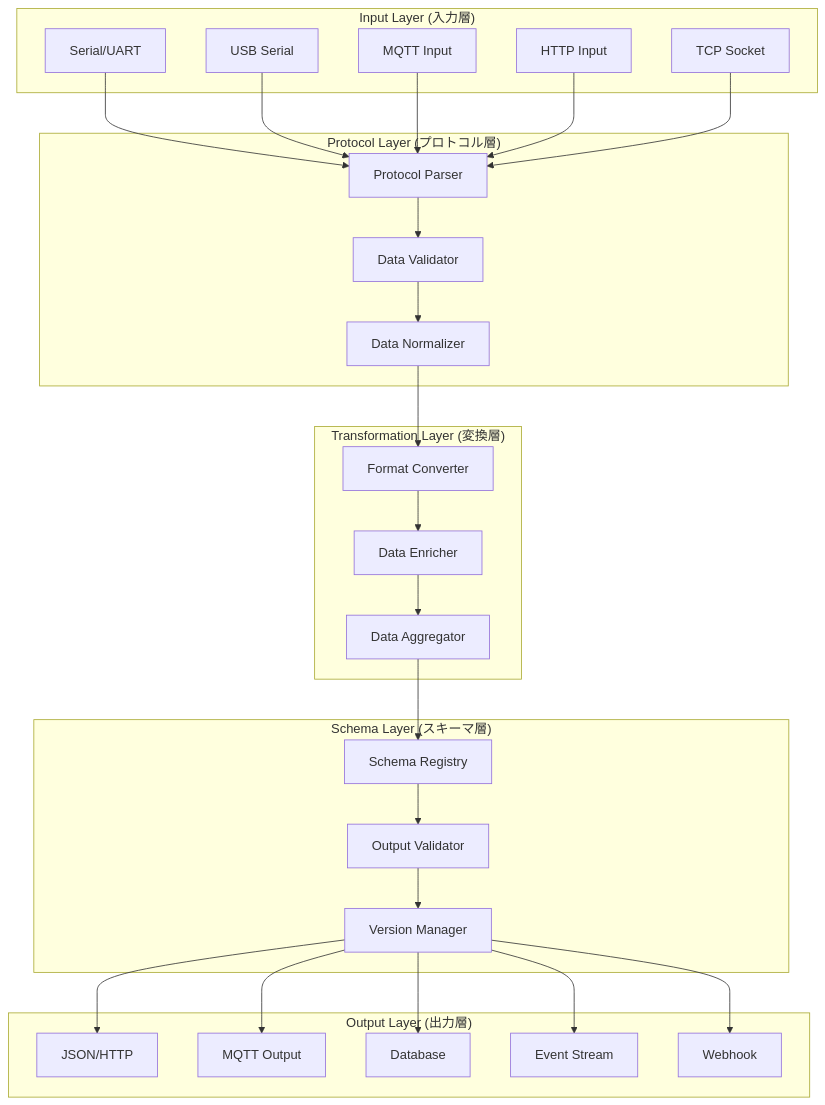
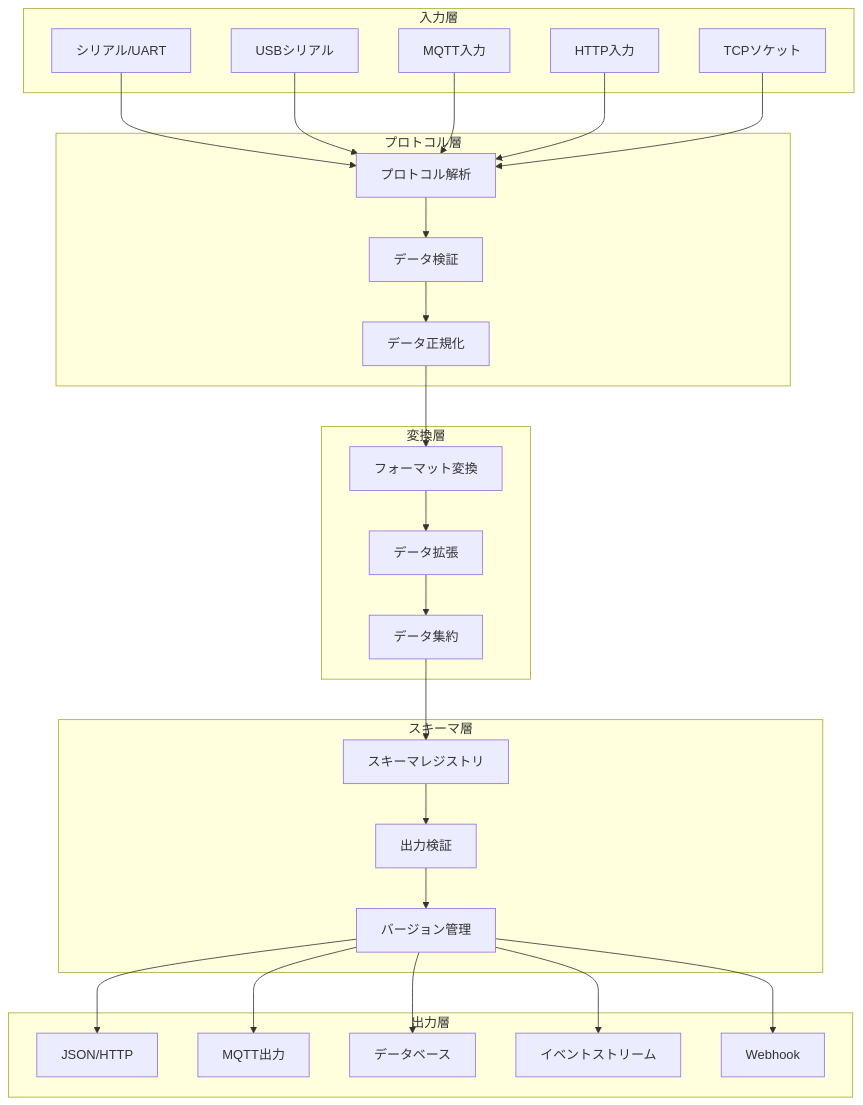
Before and after one commit to w-pinkietech/iot4-copy: the diagram in docs/new-system/architecture/data-transformation-architecture.md, drawn with Mermaid. The commit also changed other lines of this file and 11 other files, not shown here.

````diff
--- a/docs/new-system/architecture/data-transformation-architecture.md
+++ b/docs/new-system/architecture/data-transformation-architecture.md
@@ -39,59 +37,59 @@
 ```mermaid
 graph TB
-    subgraph "Input Layer (入力層)"
-        SERIAL[Serial/UART]
-        USB[USB Serial]
-        MQTT_IN[MQTT Input]
-        HTTP_IN[HTTP Input]
-        TCP[TCP Socket]
+    subgraph "入力層"
+        SERIAL[シリアル/UART]
+        USB[USBシリアル]
+        MQTT_IN[MQTT入力]
+        HTTP_IN[HTTP入力]
+        TCP[TCPソケット]
     end
     
-    subgraph "Protocol Layer (プロトコル層)"
-        PARSER[Protocol Parser]
-        VALIDATOR[Data Validator]
-        NORMALIZER[Data Normalizer]
+    subgraph "プロトコル層"
+        PARSER[プロトコル解析]
+        VALIDATOR[データ検証]
+        NORMALIZER[データ正規化]
     end
     
-    subgraph "Transformation Layer (変換層)"
-        CONVERTER[Format Converter]
-        ENRICHER[Data Enricher]
-        AGGREGATOR[Data Aggregator]
+    subgraph "変換層"
+        CONVERTER[フォーマット変換]
+        ENRICHER[データ拡張]
+        AGGREGATOR[データ集約]
     end
     
-    subgraph "Schema Layer (スキーマ層)"
-        SCHEMA[Schema Registry]
-        VALIDATOR_OUT[Output Validator]
-        VERSIONING[Version Manager]
+    subgraph "スキーマ層"
+        SCHEMA[スキーマレジストリ]
+        VALIDATOR_OUT[出力検証]
+        VERSIONING[バージョン管理]
     end
     
-    subgraph "Output Layer (出力層)"
+    subgraph "出力層"
         JSON_OUT[JSON/HTTP]
-        MQTT_OUT[MQTT Output]
-        DB_OUT[Database]
-        STREAM[Event Stream]
+        MQTT_OUT[MQTT出力]
+        DB_OUT[データベース]
+        STREAM[イベントストリーム]
         WEBHOOK[Webhook]
     end
     
     SERIAL --> PARSER
     USB --> PARSER
     MQTT_IN --> PARSER
     HTTP_IN --> PARSER
     TCP --> PARSER
     
     PARSER --> VALIDATOR
     VALIDATOR --> NORMALIZER
     
     NORMALIZER --> CONVERTER
     CONVERTER --> ENRICHER
     ENRICHER --> AGGREGATOR
     
     AGGREGATOR --> SCHEMA
     SCHEMA --> VALIDATOR_OUT
     VALIDATOR_OUT --> VERSIONING
     
     VERSIONING --> JSON_OUT
     VERSIONING --> MQTT_OUT
     VERSIONING --> DB_OUT
     VERSIONING --> STREAM
     VERSIONING --> WEBHOOK
 ```
````
